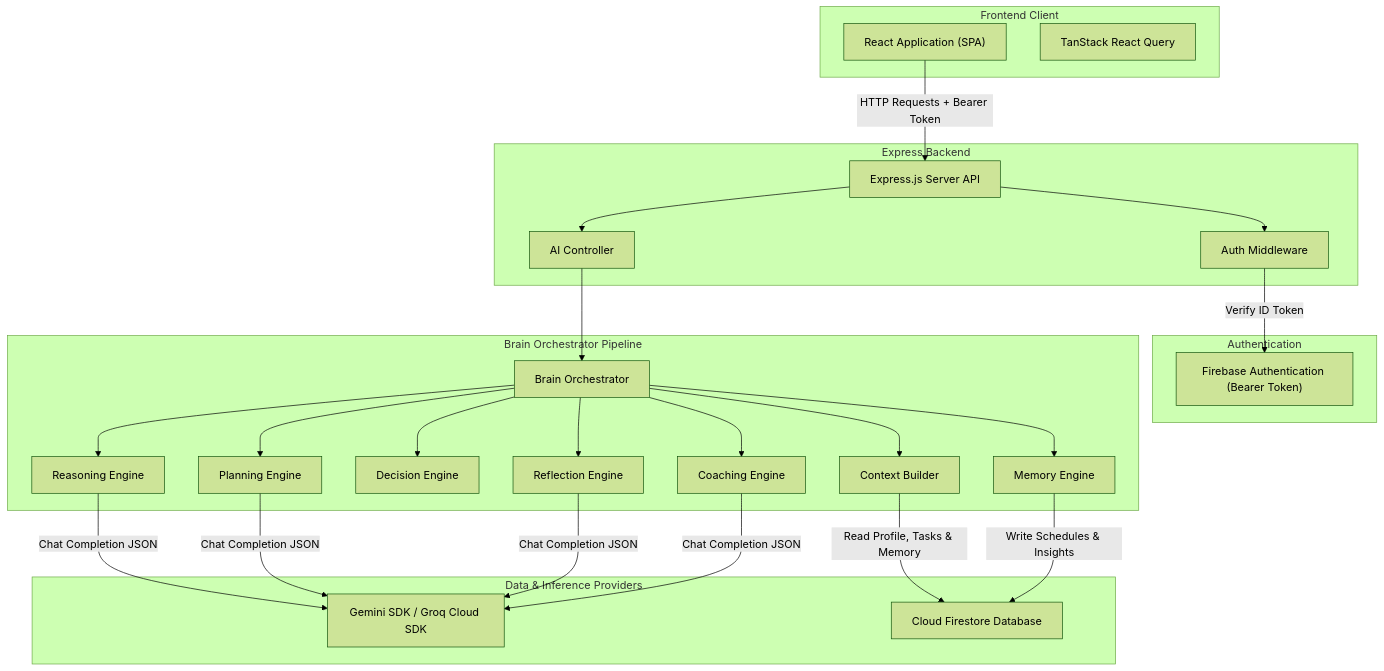
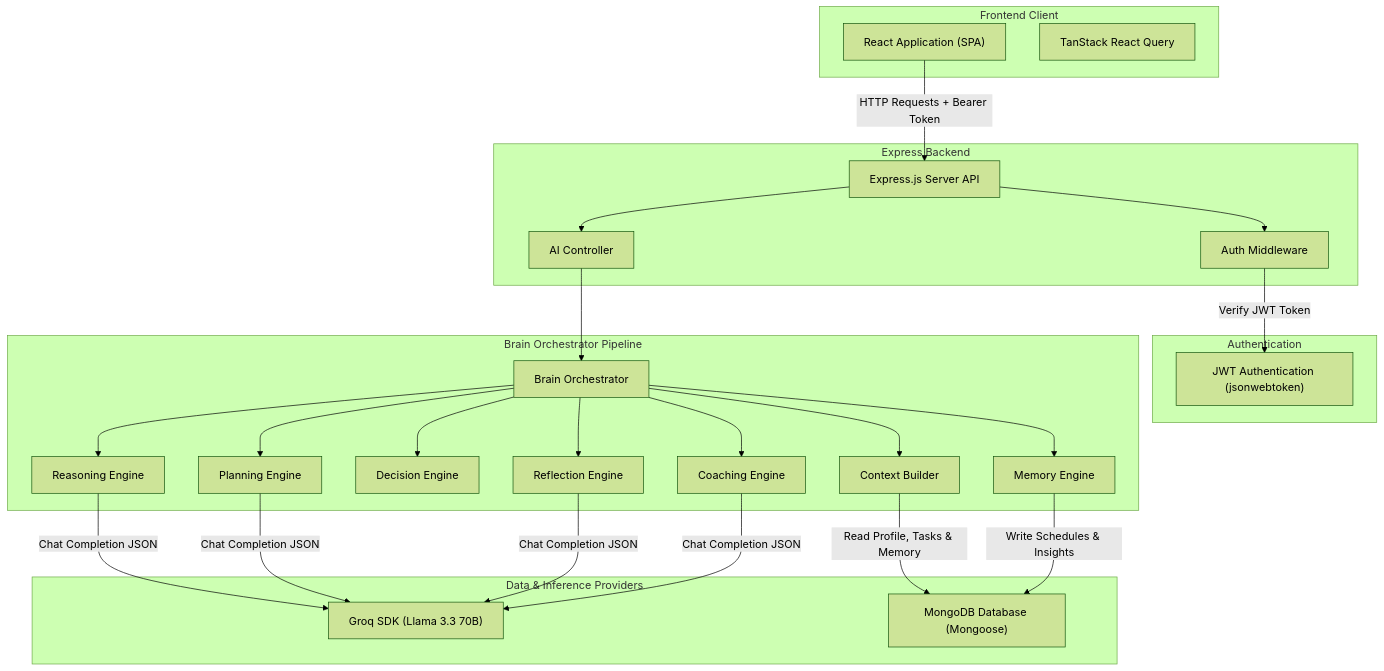
The first of 7 diagrams in README.md (Nitish-0710/vibe2ship-momentum), drawn with Mermaid (forest theme) before and after one commit. The commit also changed other lines of this file, not shown here.

Commit message:
docs: update README.md to document the MongoDB + Groq infrastructure migration

````diff
--- a/README.md
+++ b/README.md
@@ -84,52 +108,52 @@
 ```mermaid
 graph TD
     subgraph Frontend Client
         React["React Application (SPA)"]
         QueryClient["TanStack React Query"]
     end
 
     subgraph Authentication
-        FirebaseAuth["Firebase Authentication (Bearer Token)"]
+        JWTAuth["JWT Authentication (jsonwebtoken)"]
     end
 
     subgraph Express Backend
         API["Express.js Server API"]
         Middleware["Auth Middleware"]
         Controller["AI Controller"]
     end
 
     subgraph Brain Orchestrator Pipeline
         Orchestrator["Brain Orchestrator"]
         Context["Context Builder"]
         Reasoning["Reasoning Engine"]
         Decision["Decision Engine"]
         Planning["Planning Engine"]
         Reflection["Reflection Engine"]
         Coaching["Coaching Engine"]
         Memory["Memory Engine"]
     end
 
     subgraph Data & Inference Providers
-        LLM["Gemini SDK / Groq Cloud SDK"]
-        Firestore["Cloud Firestore Database"]
+        LLM["Groq SDK (Llama 3.3 70B)"]
+        MongoDB["MongoDB Database (Mongoose)"]
     end
 
     React -->|HTTP Requests + Bearer Token| API
     API --> Middleware
-    Middleware -->|Verify ID Token| FirebaseAuth
+    Middleware -->|Verify JWT Token| JWTAuth
     API --> Controller
     Controller --> Orchestrator
     Orchestrator --> Context
-    Context -->|Read Profile, Tasks & Memory| Firestore
+    Context -->|Read Profile, Tasks & Memory| MongoDB
     Orchestrator --> Reasoning
     Reasoning -->|Chat Completion JSON| LLM
     Orchestrator --> Decision
     Orchestrator --> Planning
     Planning -->|Chat Completion JSON| LLM
     Orchestrator --> Reflection
     Reflection -->|Chat Completion JSON| LLM
     Orchestrator --> Coaching
     Coaching -->|Chat Completion JSON| LLM
     Orchestrator --> Memory
-    Memory -->|Write Schedules & Insights| Firestore
+    Memory -->|Write Schedules & Insights| MongoDB
 ```
````
